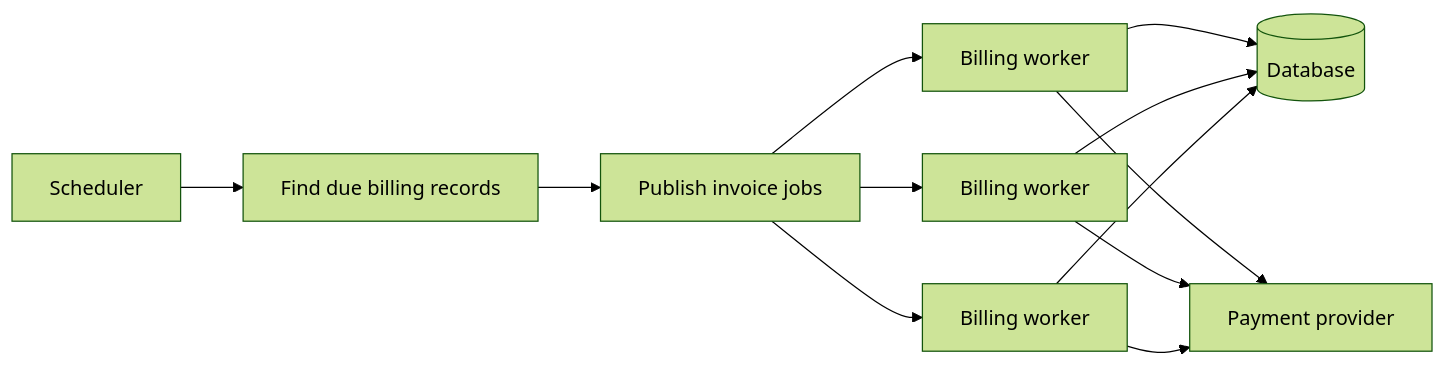
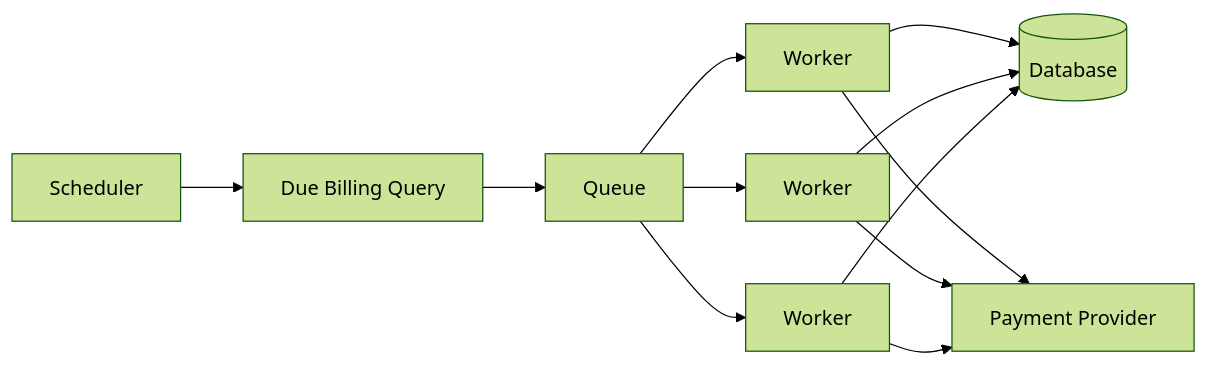
One commit to AvadhBhalodiya/Interview-Preparation changed the ninth of 14 diagrams in src/content/payments/mandates-recurring.md. Above: the diagram before and after it, drawn with Mermaid (forest theme). The commit also changed other lines of this file and 54 other files, not shown here.

````diff
--- a/src/content/payments/mandates-recurring.md
+++ b/src/content/payments/mandates-recurring.md
@@ -630,14 +462,14 @@
 ```mermaid
 flowchart LR
-    Scheduler --> DueQuery[Find due billing records]
-    DueQuery --> Queue[Publish invoice jobs]
-    Queue --> Worker1[Billing worker]
-    Queue --> Worker2[Billing worker]
-    Queue --> Worker3[Billing worker]
-    Worker1 --> DB[(Database)]
-    Worker2 --> DB
-    Worker3 --> DB
-    Worker1 --> PSP[Payment provider]
-    Worker2 --> PSP
-    Worker3 --> PSP
+    S[Scheduler] --> Q[Due Billing Query]
+    Q --> MQ[Queue]
+    MQ --> W1[Worker]
+    MQ --> W2[Worker]
+    MQ --> W3[Worker]
+    W1 --> DB[(Database)]
+    W2 --> DB
+    W3 --> DB
+    W1 --> PSP[Payment Provider]
+    W2 --> PSP
+    W3 --> PSP
 ```
````
